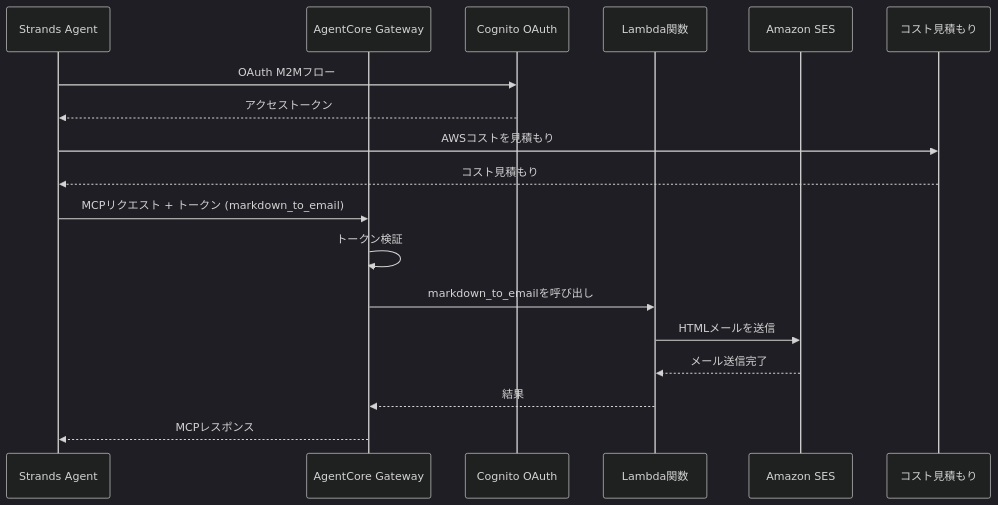
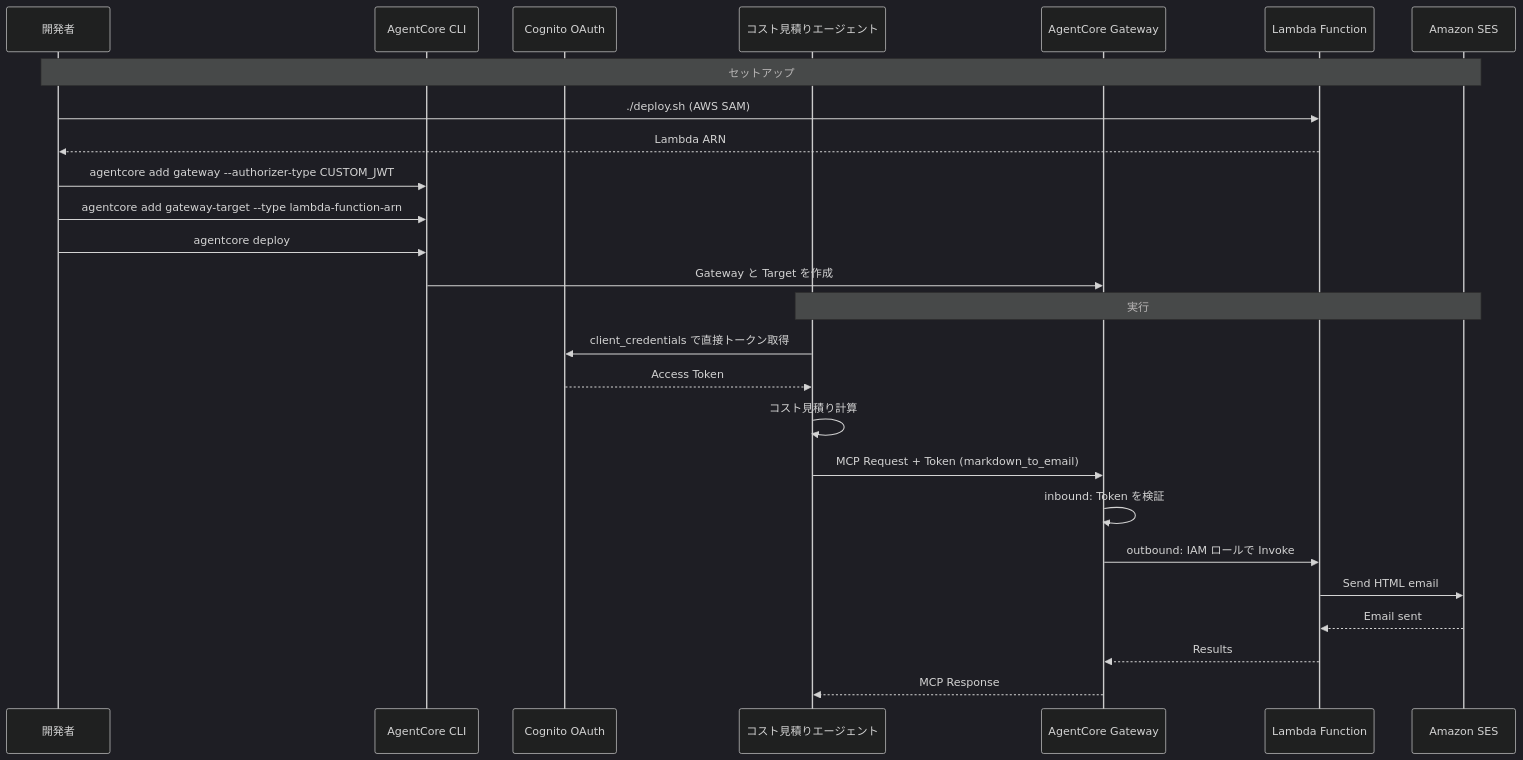
One commit to aws-samples/sample-amazon-bedrock-agentcore-onboarding changed the diagram in 07_gateway/README_ja.md. Above: the diagram before and after it, drawn with Mermaid (dark theme). The commit also changed other lines of this file and 68 other files, not shown here.

First line of the commit message:
feat: migrate labs from Starter Toolkit to AgentCore CLI

````diff
--- a/07_gateway/README_ja.md
+++ b/07_gateway/README_ja.md
@@ -9,21 +9,30 @@
 ```mermaid
 sequenceDiagram
-    participant Agent as Strands Agent
+    participant Dev as 開発者
+    participant CLI as AgentCore CLI
+    participant Cognito as Cognito OAuth
+    participant Agent as コスト見積りエージェント
     participant Gateway as AgentCore Gateway
-    participant Cognito as Cognito OAuth
-    participant Lambda as Lambda関数
+    participant Lambda as Lambda Function
     participant SES as Amazon SES
-    participant CostEst as コスト見積もり
 
-    Agent->>Cognito: OAuth M2Mフロー
-    Cognito-->>Agent: アクセストークン
-    Agent->>CostEst: AWSコストを見積もり
-    CostEst-->>Agent: コスト見積もり
-    Agent->>Gateway: MCPリクエスト + トークン (markdown_to_email)
-    Gateway->>Gateway: トークン検証
-    Gateway->>Lambda: markdown_to_emailを呼び出し
-    Lambda->>SES: HTMLメールを送信
-    SES-->>Lambda: メール送信完了
-    Lambda-->>Gateway: 結果
-    Gateway-->>Agent: MCPレスポンス
+    Note over Dev,SES: セットアップ
+    Dev->>Lambda: ./deploy.sh (AWS SAM)
+    Lambda-->>Dev: Lambda ARN
+    Dev->>CLI: agentcore add gateway --authorizer-type CUSTOM_JWT
+    Dev->>CLI: agentcore add gateway-target --type lambda-function-arn
+    Dev->>CLI: agentcore deploy
+    CLI->>Gateway: Gateway と Target を作成
+
+    Note over Agent,SES: 実行
+    Agent->>Cognito: client_credentials で直接トークン取得
+    Cognito-->>Agent: Access Token
+    Agent->>Agent: コスト見積り計算
+    Agent->>Gateway: MCP Request + Token (markdown_to_email)
+    Gateway->>Gateway: inbound: Token を検証
+    Gateway->>Lambda: outbound: IAM ロールで Invoke
+    Lambda->>SES: Send HTML email
+    SES-->>Lambda: Email sent
+    Lambda-->>Gateway: Results
+    Gateway-->>Agent: MCP Response
 ```
````
